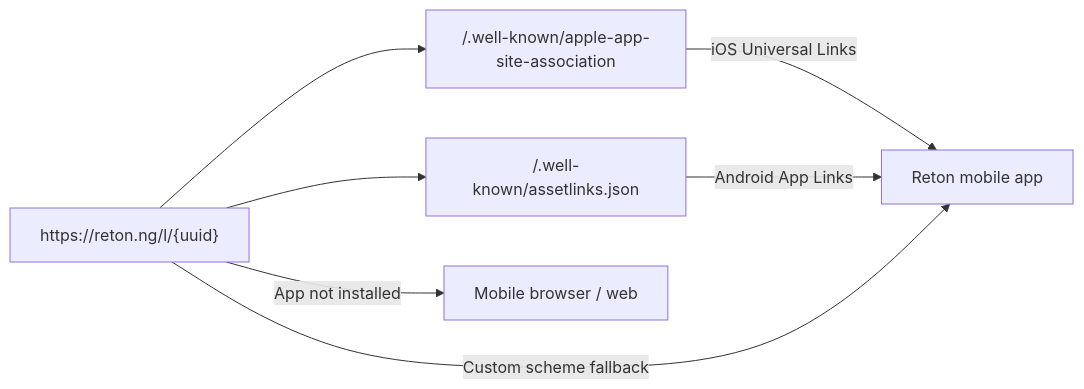
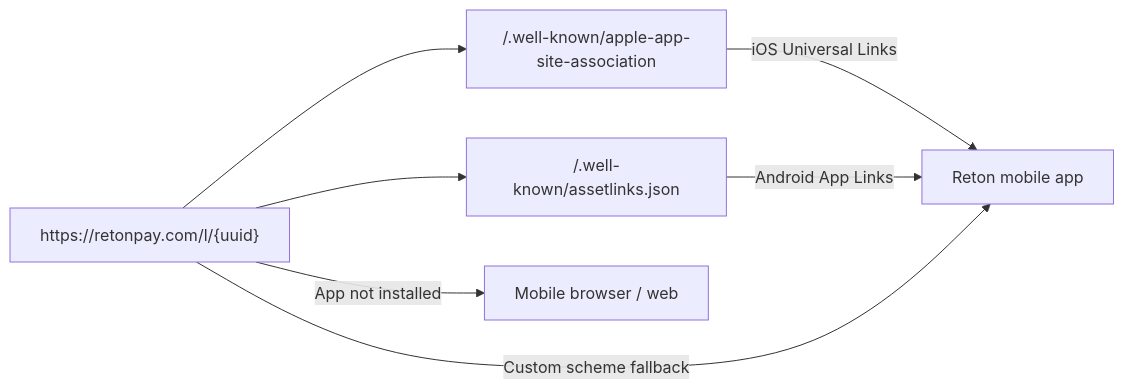
The fourth of 4 diagrams in docs/release-2026-06-30/TEAM_BRIEF.md (cloudflow247/reton), drawn with Mermaid before and after one commit. The commit also changed other lines of this file and 43 other files, not shown here.

First line of the commit message:
feat: admin-configurable site settings, SEO, security, and retonpay.com rebrand

````diff
--- a/docs/release-2026-06-30/TEAM_BRIEF.md
+++ b/docs/release-2026-06-30/TEAM_BRIEF.md
@@ -137,15 +137,15 @@
 ```mermaid
 flowchart LR
-  URL["https://reton.ng/l/{uuid}"]
+  URL["https://retonpay.com/l/{uuid}"]
   AASA["/.well-known/apple-app-site-association"]
   AL["/.well-known/assetlinks.json"]
   App["Reton mobile app"]
   Browser["Mobile browser / web"]
 
   URL --> AASA
   URL --> AL
   AASA -->|iOS Universal Links| App
   AL -->|Android App Links| App
   URL -->|App not installed| Browser
   URL -->|Custom scheme fallback| App
 ```
````
